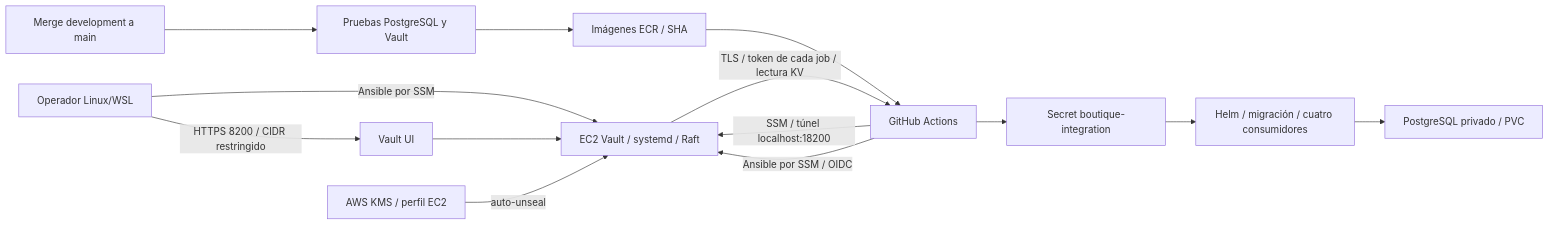
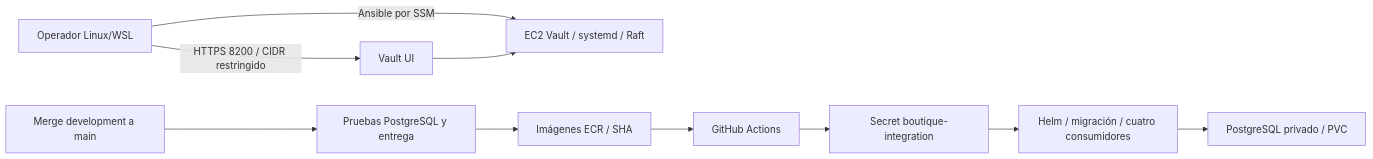
The diagram in docs/vault-lab.md (Hacket00GTFO/Boutique-Eq4-DevOPS), drawn with Mermaid before and after one commit. The commit also changed other lines of this file and 29 other files, not shown here.

````diff
--- a/docs/vault-lab.md
+++ b/docs/vault-lab.md
@@ -13,16 +16,12 @@
 ```mermaid
 flowchart LR
     A[Operador Linux/WSL] -->|Ansible por SSM| V[EC2 Vault / systemd / Raft]
     A -->|HTTPS 8200 / CIDR restringido| U[Vault UI]
     U --> V
-    G[Merge development a main] --> T[Pruebas PostgreSQL y Vault]
+    G[Merge development a main] --> T[Pruebas PostgreSQL y entrega]
     T --> E[Imágenes ECR / SHA]
     E --> C[GitHub Actions]
-    C -->|SSM / túnel localhost:18200| V
-    C -->|Ansible por SSM / OIDC| V
-    M[AWS KMS / perfil EC2] -->|auto-unseal| V
-    V -->|TLS / token de cada job / lectura KV| C
     C --> S[Secret boutique-integration]
     S --> K[Helm / migración / cuatro consumidores]
     K --> P[PostgreSQL privado / PVC]
 ```
````
